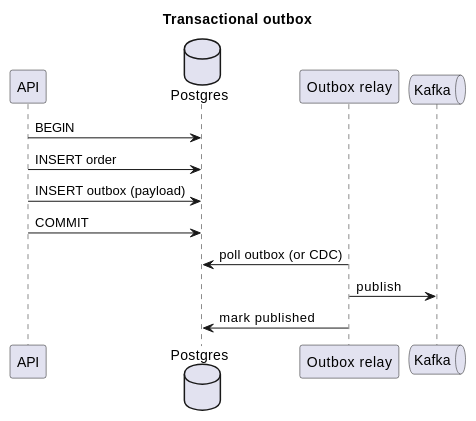
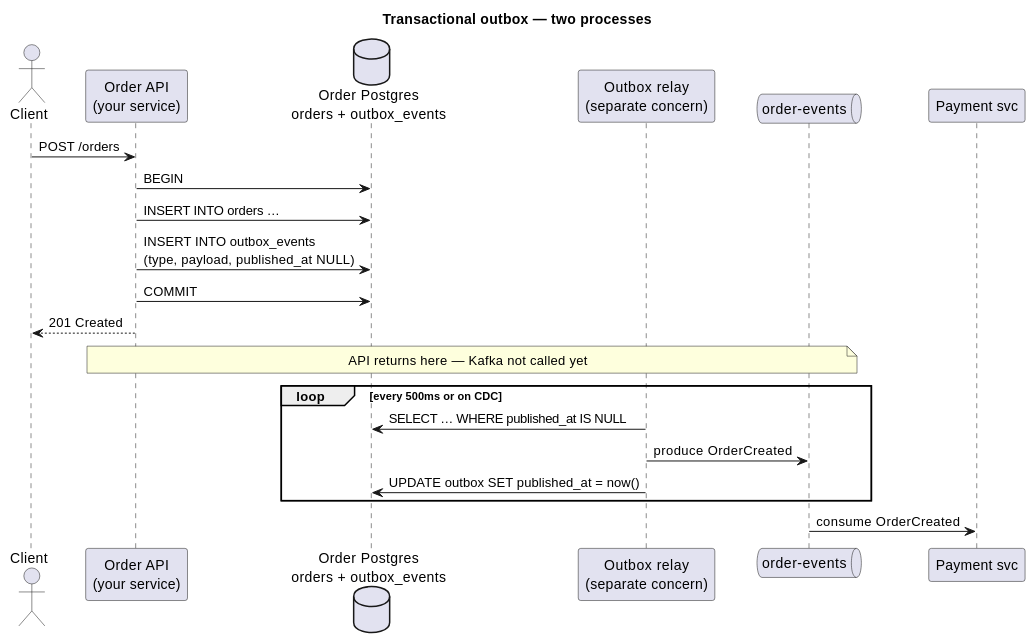
Before and after one commit to tiagoyamashita/content: the second of 4 diagrams in src/content/en/swe101/kafka/vi-patterns-and-integration.md, drawn with PlantUML. The commit also changed other lines of this file and 5 other files, not shown here.

````diff
--- a/src/content/en/swe101/kafka/vi-patterns-and-integration.md
+++ b/src/content/en/swe101/kafka/vi-patterns-and-integration.md
@@ -39,17 +55,28 @@
 ```plantuml
 @startuml
-title Transactional outbox
-participant API
-database Postgres as DB
-participant "Outbox relay" as R
-queue Kafka as K
+title Transactional outbox — two processes
+actor Client
+participant "Order API\n(your service)" as API
+database "Order Postgres\norders + outbox_events" as DB
+participant "Outbox relay\n(separate concern)" as R
+queue "order-events" as K
+participant "Payment svc" as PAY
 
+Client -> API: POST /orders
 API -> DB: BEGIN
-API -> DB: INSERT order
-API -> DB: INSERT outbox (payload)
+API -> DB: INSERT INTO orders …
+API -> DB: INSERT INTO outbox_events\n(type, payload, published_at NULL)
 API -> DB: COMMIT
-R -> DB: poll outbox (or CDC)
-R -> K: publish
-R -> DB: mark published
+API --> Client: 201 Created
+
+note over API,K: API returns here — Kafka not called yet
+
+loop every 500ms or on CDC
+  R -> DB: SELECT … WHERE published_at IS NULL
+  R -> K: produce OrderCreated
+  R -> DB: UPDATE outbox SET published_at = now()
+end
+
+K -> PAY: consume OrderCreated
 @enduml
 ```
````
